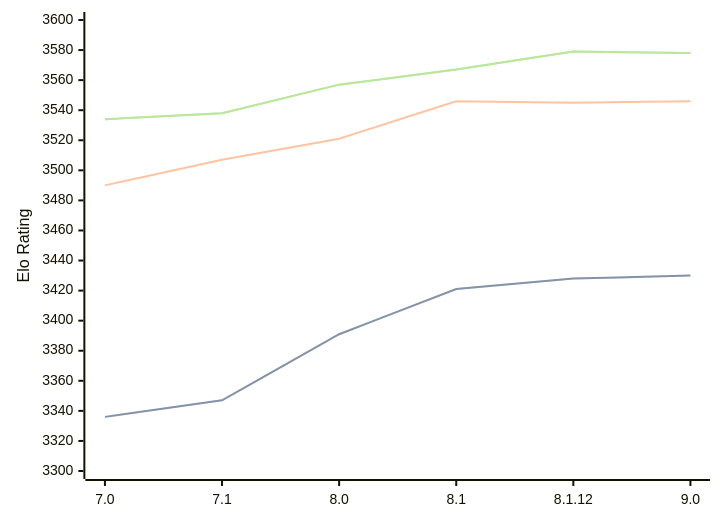
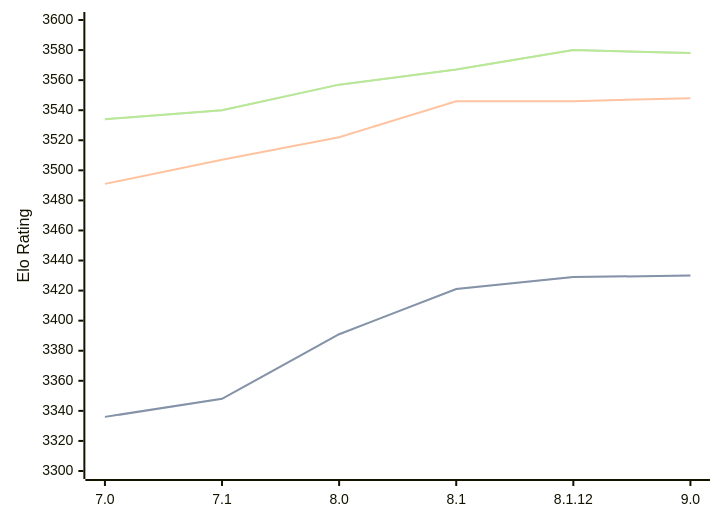
The diagram in engines/Alexandria.md (computer-chess-index/cci), drawn with Mermaid before and after one commit. The commit also changed other lines of this file, not shown here.

Commit message:
Update CCI Ratings (ELO VLTC) - 2026-08-29

````diff
--- a/engines/Alexandria.md
+++ b/engines/Alexandria.md
@@ -36,11 +36,11 @@
 ```mermaid
 %%{init: {"theme":"base","themeVariables":{"seriesColors:['#a3a3a3','#222221','#faa371']}}}%%
 xychart-beta
   x-axis ["7.0", "7.1", "8.0", "8.1", "8.1.12", "9.0"]
   y-axis "Elo Rating" 3300 --> 3600
-  line "" [3336, 3347, 3391, 3421, 3428, 3430]
-  line "STC (8.0+0.08s)" [3336, 3347, 3391, 3421, 3428, 3430]
-  line "LTC (60.0+0.60s)" [3490, 3507, 3521, 3546, 3545, 3546]
-  line "" [3534, 3538, 3557, 3567, 3579, 3578]
-  line "VLTC (2m24s+1.12s)" [3534, 3538, 3557, 3567, 3579, 3578]
+  line "" [3336, 3348, 3391, 3421, 3429, 3430]
+  line "STC (8.0+0.08s)" [3336, 3348, 3391, 3421, 3429, 3430]
+  line "LTC (60.0+0.60s)" [3491, 3507, 3522, 3546, 3546, 3548]
+  line "" [3534, 3540, 3557, 3567, 3580, 3578]
+  line "VLTC (2m24s+1.12s)" [3534, 3540, 3557, 3567, 3580, 3578]
 ```
````
